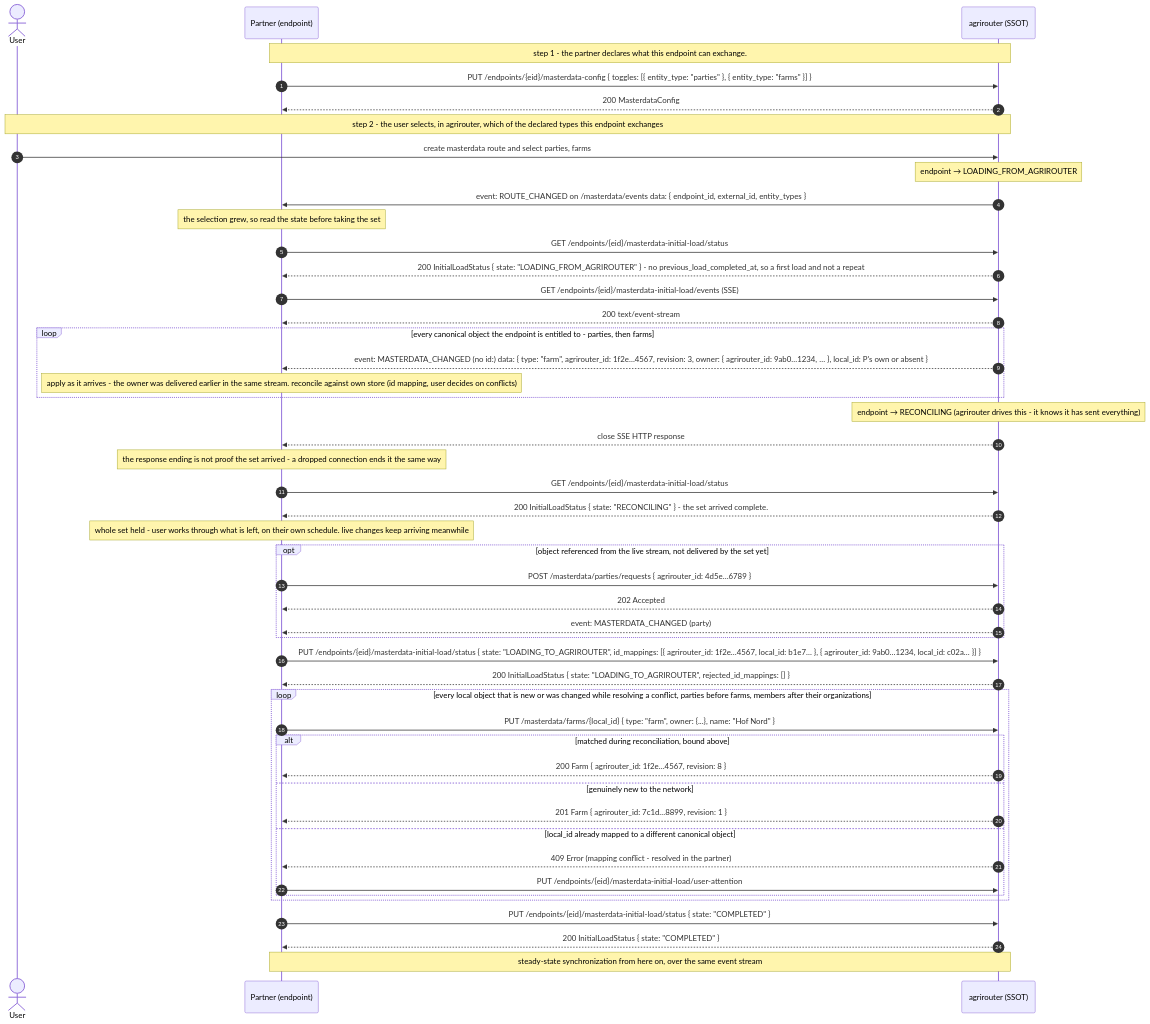
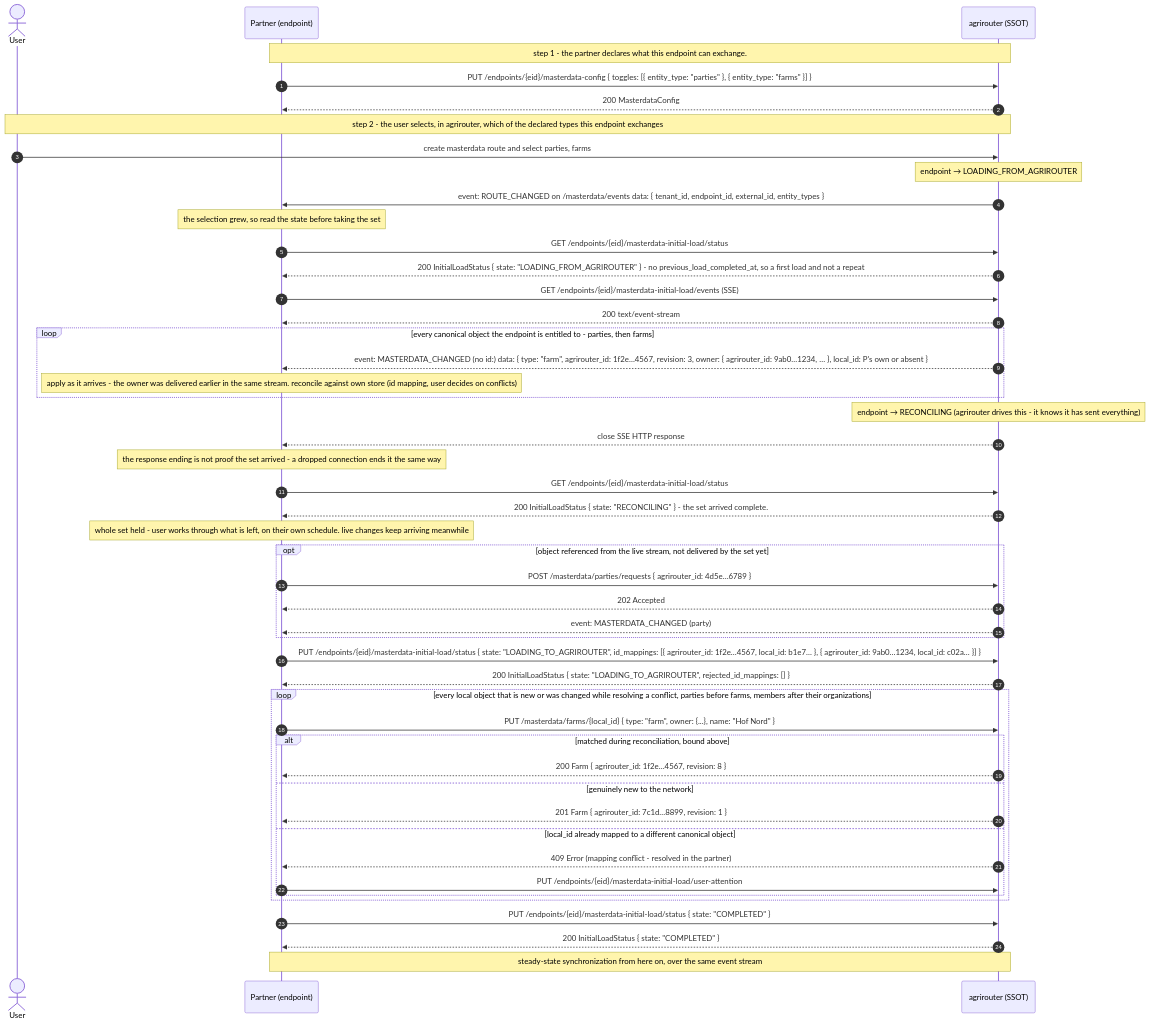
Before and after one commit to DKE-Data/masterdata-sync-working-group: the second of 3 diagrams in architecture/06-initial-load.md, drawn with Mermaid. The commit also changed other lines of this file and 9 other files, not shown here.

Commit message:
add tenant_id to ROUTE_CHANGED event

````diff
--- a/architecture/06-initial-load.md
+++ b/architecture/06-initial-load.md
@@ -93,56 +93,56 @@
 ```mermaid
 %% ceasg:{"id":"8xpvwi5e"} %%
 sequenceDiagram
     autonumber
     actor U as User
     participant P as Partner (endpoint)
     participant AR as agrirouter (SSOT)
 
     Note over P,AR: step 1 - the partner declares what this endpoint can exchange.
     P->>AR: PUT /endpoints/{eid}/masterdata-config { toggles: [{ entity_type: "parties" }, { entity_type: "farms" }] }
     AR-->>P: 200 MasterdataConfig
     Note over U,AR: step 2 - the user selects, in agrirouter, which of the declared types this endpoint exchanges
     U->>AR: create masterdata route and select parties, farms
     Note over AR: endpoint → LOADING_FROM_AGRIROUTER
-    AR->>P: event: ROUTE_CHANGED on /masterdata/events data: { endpoint_id, external_id, entity_types }
+    AR->>P: event: ROUTE_CHANGED on /masterdata/events data: { tenant_id, endpoint_id, external_id, entity_types }
 
     Note over P: the selection grew, so read the state before taking the set
     P->>AR: GET /endpoints/{eid}/masterdata-initial-load/status
     AR-->>P: 200 InitialLoadStatus { state: "LOADING_FROM_AGRIROUTER" } - no previous_load_completed_at, so a first load and not a repeat
     P->>AR: GET /endpoints/{eid}/masterdata-initial-load/events (SSE)
     AR-->>P: 200 text/event-stream
     loop every canonical object the endpoint is entitled to - parties, then farms
         AR-->>P: event: MASTERDATA_CHANGED (no id:) data: { type: "farm", agrirouter_id: 1f2e…4567, revision: 3, owner: { agrirouter_id: 9ab0…1234, … }, local_id: P's own or absent }
         Note over P: apply as it arrives - the owner was delivered earlier in the same stream. reconcile against own store (id mapping, user decides on conflicts)
     end
     Note over AR: endpoint → RECONCILING (agrirouter drives this - it knows it has sent everything)
     AR-->>P: close SSE HTTP response
     Note over P: the response ending is not proof the set arrived - a dropped connection ends it the same way
     P->>AR: GET /endpoints/{eid}/masterdata-initial-load/status
     AR-->>P: 200 InitialLoadStatus { state: "RECONCILING" } - the set arrived complete.
     Note over P: whole set held - user works through what is left, on their own schedule. live changes keep arriving meanwhile
     opt object referenced from the live stream, not delivered by the set yet
         P->>AR: POST /masterdata/parties/requests { agrirouter_id: 4d5e…6789 }
         AR-->>P: 202 Accepted
         AR-->>P: event: MASTERDATA_CHANGED (party)
     end
 
     P->>AR: PUT /endpoints/{eid}/masterdata-initial-load/status { state: "LOADING_TO_AGRIROUTER", id_mappings: [{ agrirouter_id: 1f2e…4567, local_id: b1e7… }, { agrirouter_id: 9ab0…1234, local_id: c02a… }] }
     AR-->>P: 200 InitialLoadStatus { state: "LOADING_TO_AGRIROUTER", rejected_id_mappings: [] }
 
     loop every local object that is new or was changed while resolving a conflict, parties before farms, members after their organizations
         P->>AR: PUT /masterdata/farms/{local_id} { type: "farm", owner: {...}, name: "Hof Nord" }
         alt matched during reconciliation, bound above
             AR-->>P: 200 Farm { agrirouter_id: 1f2e…4567, revision: 8 }
         else genuinely new to the network
             AR-->>P: 201 Farm { agrirouter_id: 7c1d…8899, revision: 1 }
         else local_id already mapped to a different canonical object
             AR-->>P: 409 Error (mapping conflict - resolved in the partner)
             P->>AR: PUT /endpoints/{eid}/masterdata-initial-load/user-attention
         end
     end
 
     P->>AR: PUT /endpoints/{eid}/masterdata-initial-load/status { state: "COMPLETED" }
     AR-->>P: 200 InitialLoadStatus { state: "COMPLETED" }
     Note over P,AR: steady-state synchronization from here on, over the same event stream
 ```
````
